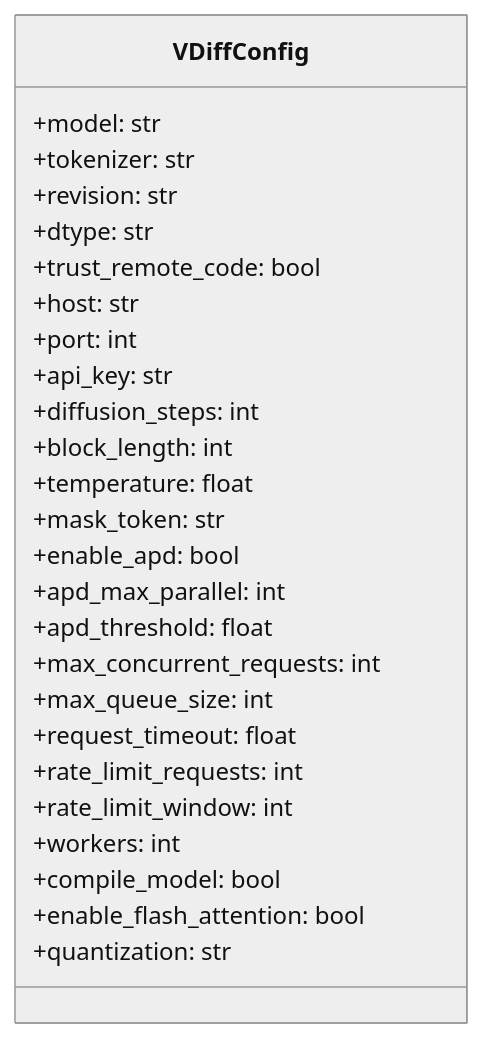
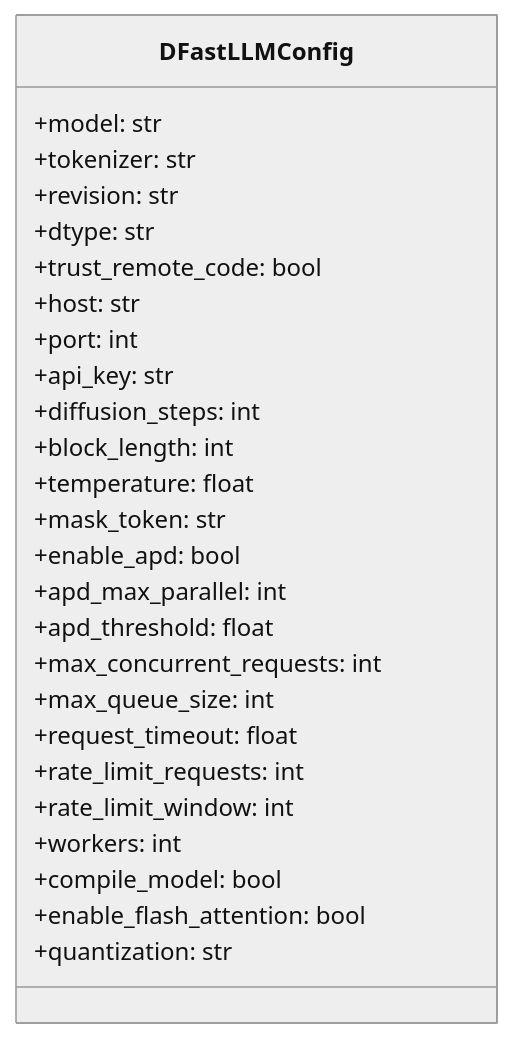
The second of 10 diagrams in docs/dev-doc/08-config.md (mwaykole/vdiff), drawn with Mermaid (neutral theme) before and after one commit. The commit also changed other lines of this file and 53 other files, not shown here.

````diff
--- a/docs/dev-doc/08-config.md
+++ b/docs/dev-doc/08-config.md
@@ -32,40 +32,40 @@
 ```mermaid
 classDiagram
-    class VDiffConfig {
+    class DFastLLMConfig {
         %% Model Settings
         +model: str
         +tokenizer: str
         +revision: str
         +dtype: str
         +trust_remote_code: bool
         
         %% Server Settings
         +host: str
         +port: int
         +api_key: str
         
         %% Diffusion Settings
         +diffusion_steps: int
         +block_length: int
         +temperature: float
         +mask_token: str
         
         %% APD Settings
         +enable_apd: bool
         +apd_max_parallel: int
         +apd_threshold: float
         
         %% Production Settings
         +max_concurrent_requests: int
         +max_queue_size: int
         +request_timeout: float
         +rate_limit_requests: int
         +rate_limit_window: int
         +workers: int
         
         %% Performance Settings
         +compile_model: bool
         +enable_flash_attention: bool
         +quantization: str
     }
 ```
````
